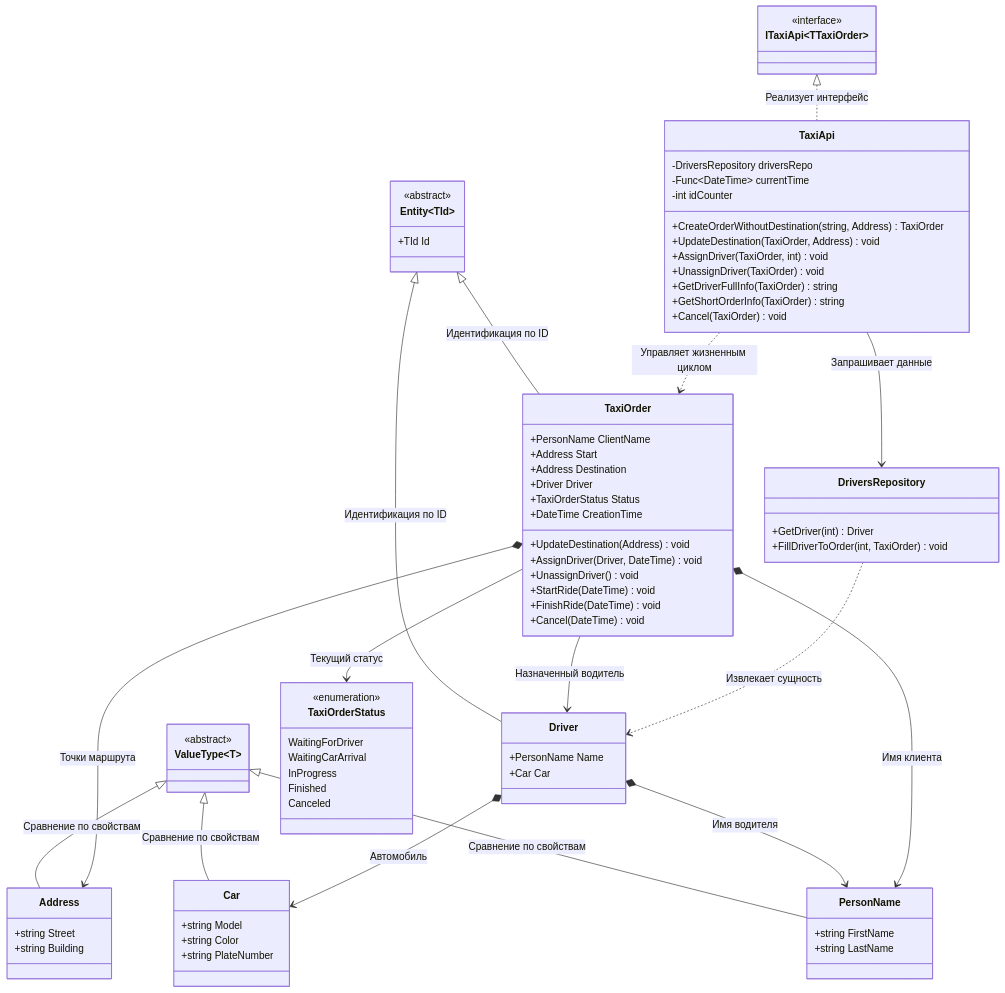
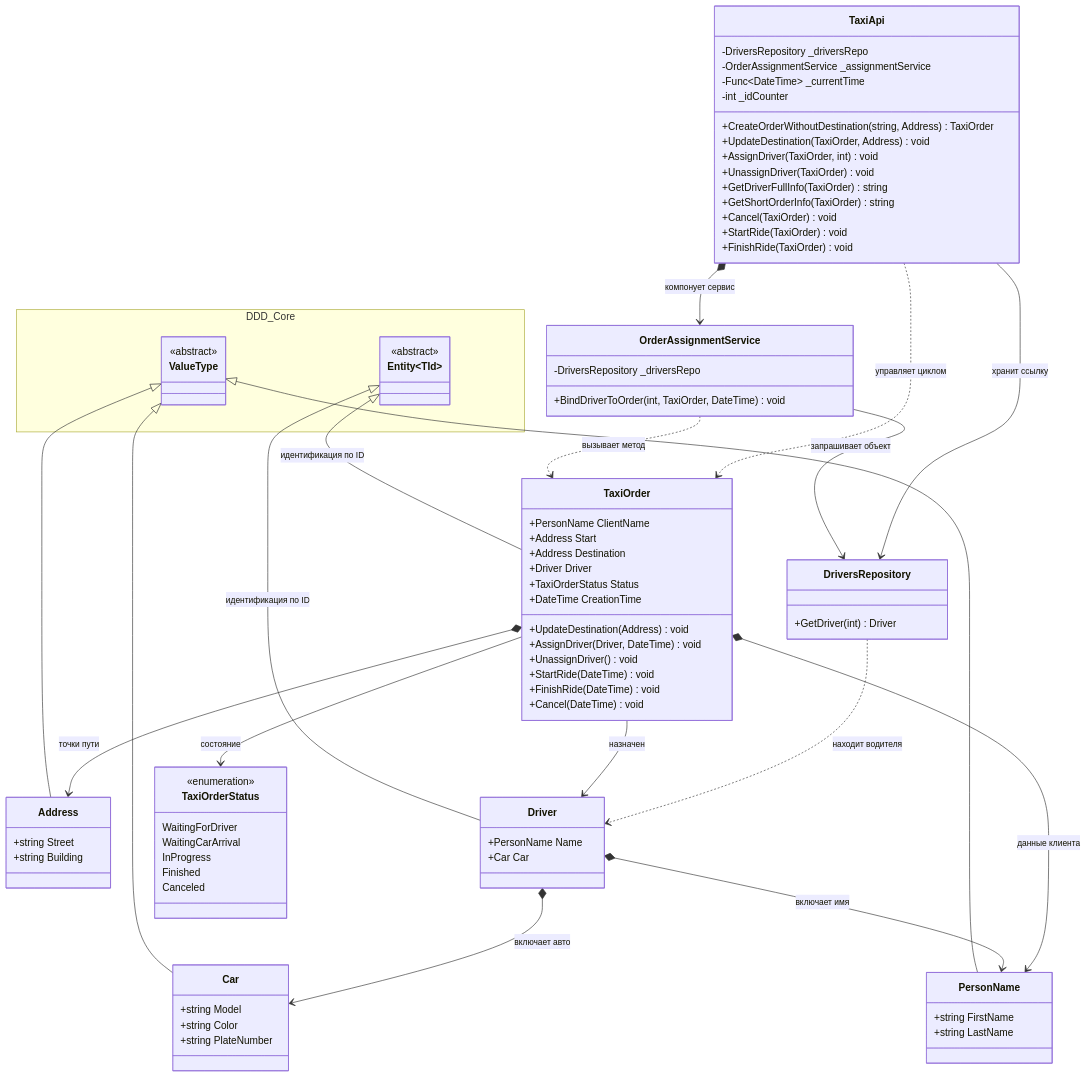
Before and after one commit to NingerangorOid/Praktika_2026: the diagram in taxi_order.md, drawn with Mermaid.

Commit message:
правки внесены

````diff
--- a/taxi_order.md
+++ b/taxi_order.md
@@ -1,15 +1,14 @@
 ```mermaid
 classDiagram
-    %% Базовые инфраструктурные классы
-    class Entity~TId~ {
-        <<abstract>>
-        +TId Id
-    }
-    class ValueType~T~ {
-        <<abstract>>
+    direction TB
+
+    %% Базовая инфраструктура DDD
+    namespace DDD_Core {
+        class Entity~TId~ { <<abstract>> }
+        class ValueType { <<abstract>> }
     }
 
-    %% Объекты-значения
+    %% Объекты-значения (Value Objects)
     class Car {
         +string Model
         +string Color
@@ -23,8 +22,11 @@
         +string Street
         +string Building
     }
+    ValueType <|-- Car
+    ValueType <|-- PersonName
+    ValueType <|-- Address
 
-    %% Сущности
+    %% Доменные Сущности (Entities)
     class Driver {
         +PersonName Name
         +Car Car
@@ -44,8 +46,10 @@
         +FinishRide(DateTime) void
         +Cancel(DateTime) void
     }
+    Entity <|-- Driver : <small>идентификация по ID</small>
+    Entity <|-- TaxiOrder : <small>идентификация по ID</small>
 
-    %% Перечисления
+    %% Жизненный цикл (Перечисление)
     class TaxiOrderStatus {
         <<enumeration>>
         WaitingForDriver
@@ -55,35 +59,21 @@
         Canceled
     }
 
-    %% Наследование базовых типов DDD
-    Entity <|-- Driver : Идентификация по ID
-    Entity <|-- TaxiOrder : Идентификация по ID
-    ValueType <|-- Car : Сравнение по свойствам
-    ValueType <|-- PersonName : Сравнение по свойствам
-    ValueType <|-- Address : Сравнение по свойствам
-
-    %% Композиция и агрегация внутренних свойств
-    Driver *--> PersonName : Имя водителя
-    Driver *--> Car : Автомобиль
-    TaxiOrder *--> PersonName : Имя клиента
-    TaxiOrder *--> Address : Точки маршрута
-    TaxiOrder --> Driver : Назначенный водитель
-    TaxiOrder --> TaxiOrderStatus : Текущий статус
-
-    %% Сервисы и интерфейсы
-    class ITaxiApi~TTaxiOrder~ {
-        <<interface>>
+    %% Слои бизнес-логики и сервисов
+    class DriversRepository {
+        +GetDriver(int) Driver
     }
 
-    class DriversRepository {
-        +GetDriver(int) Driver
-        +FillDriverToOrder(int, TaxiOrder) void
+    class OrderAssignmentService {
+        -DriversRepository _driversRepo
+        +BindDriverToOrder(int, TaxiOrder, DateTime) void
     }
 
     class TaxiApi {
-        -DriversRepository driversRepo
-        -Func~DateTime~ currentTime
-        -int idCounter
+        -DriversRepository _driversRepo
+        -OrderAssignmentService _assignmentService
+        -Func~DateTime~ _currentTime
+        -int _idCounter
         +CreateOrderWithoutDestination(string, Address) TaxiOrder
         +UpdateDestination(TaxiOrder, Address) void
         +AssignDriver(TaxiOrder, int) void
@@ -91,11 +81,25 @@
         +GetDriverFullInfo(TaxiOrder) string
         +GetShortOrderInfo(TaxiOrder) string
         +Cancel(TaxiOrder) void
+        +StartRide(TaxiOrder) void
+        +FinishRide(TaxiOrder) void
     }
 
-    %% Зависимости управления cервисами
-    ITaxiApi <|.. TaxiApi : Реализует интерфейс
-    TaxiApi --> DriversRepository : Запрашивает данные
-    TaxiApi ..> TaxiOrder : Управляет жизненным циклом
-    DriversRepository ..> Driver : Извлекает сущность
+    %% Отношения агрегации внутри Домена
+    Driver *--> Car : <small>включает авто</small>
+    Driver *--> PersonName : <small>включает имя</small>
+    TaxiOrder *--> PersonName : <small>данные клиента</small>
+    TaxiOrder *--> Address : <small>точки пути</small>
+    TaxiOrder --> Driver : <small>назначен</small>
+    TaxiOrder --> TaxiOrderStatus : <small>состояние</small>
+
+    %% Чистая архитектура связей
+    DriversRepository ..> Driver : <small>находит водителя</small>
+    OrderAssignmentService --> DriversRepository : <small>запрашивает объект</small>
+    OrderAssignmentService ..> TaxiOrder : <small>вызывает метод</small>
+
+    %% Инкапсуляция фасада API
+    TaxiApi --> DriversRepository : <small>хранит ссылку</small>
+    TaxiApi *--> OrderAssignmentService : <small>компонует сервис</small>
+    TaxiApi ..> TaxiOrder : <small>управляет циклом</small>
 ```
````
